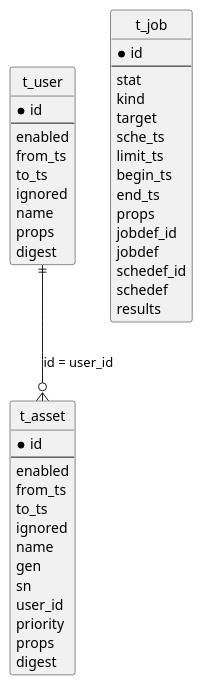
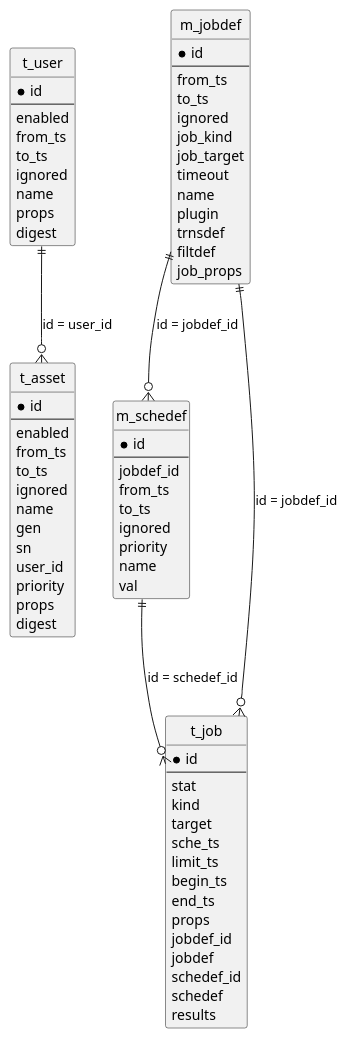
Before and after one commit to riru4293/safi: the diagram in database/er.pu, drawn with PlantUML. The commit also changed 7 other files, not shown here.

Commit message:
Add jobdef entity

```diff
--- a/database/er.pu
+++ b/database/er.pu
@@ -1,52 +1,85 @@
 @startuml
 hide circle
 
 entity "t_user" as t_user {
     * id
     --
       enabled
       from_ts
       to_ts
       ignored
       name
       props
       digest
 }
 
 entity "t_asset" as t_asset {
     * id
     --
       enabled
       from_ts
       to_ts
       ignored
       name
       gen
       sn
       user_id
       priority
       props
       digest
 }
 
 t_user ||--o{ t_asset : "id = user_id"
 
+entity "m_jobdef" as m_jobdef {
+    * id
+    --
+      from_ts
+      to_ts
+      ignored
+      job_kind
+      job_target
+      timeout
+      name
+      plugin
+      trnsdef
+      filtdef
+      job_props
+}
+
+entity "m_schedef" as m_schedef {
+    * id
+    --
+      jobdef_id
+      from_ts
+      to_ts
+      ignored
+      priority
+      name
+      val
+}
+
+m_jobdef ||--o{ m_schedef : "id = jobdef_id"
+
 entity "t_job" as t_job {
     * id
     --
       stat
       kind
       target
       sche_ts
       limit_ts
       begin_ts
       end_ts
       props
       jobdef_id
       jobdef
       schedef_id
       schedef
       results
 }
 
+m_jobdef ||--o{ t_job : "id = jobdef_id"
+m_schedef ||--o{ t_job : "id = schedef_id"
+
 @enduml
```
